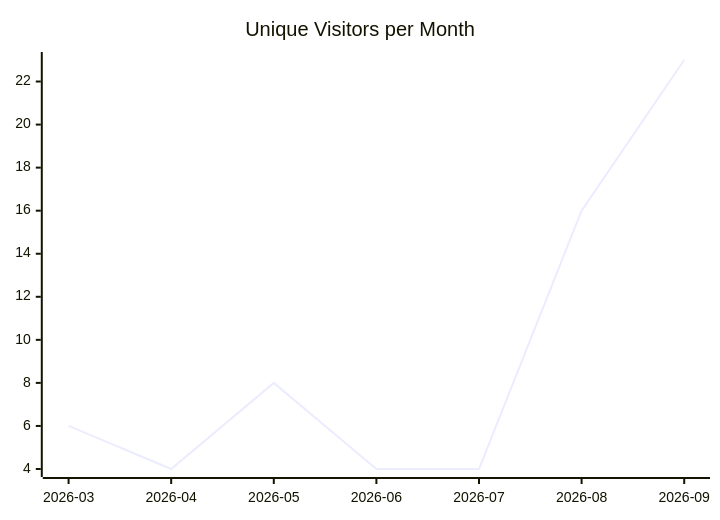
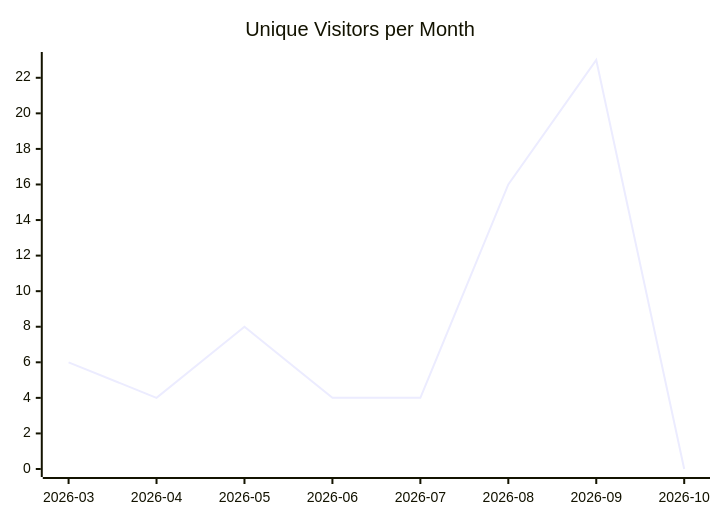
One commit to justdavis-family/github-analytics-data changed the first of 3 diagrams in karlmdavis/xmlpull/README.md. Above: the diagram before and after it, drawn with Mermaid. The commit also changed other lines of this file and 202 other files, not shown here.

````diff
--- a/karlmdavis/xmlpull/README.md
+++ b/karlmdavis/xmlpull/README.md
@@ -5,6 +5,6 @@
 ```mermaid
 xychart-beta
   title "Unique Visitors per Month"
-  x-axis ["2026-03", "2026-04", "2026-05", "2026-06", "2026-07", "2026-08", "2026-09"]
-  line [6, 4, 8, 4, 4, 16, 23]
+  x-axis ["2026-03", "2026-04", "2026-05", "2026-06", "2026-07", "2026-08", "2026-09", "2026-10"]
+  line [6, 4, 8, 4, 4, 16, 23, 0]
 ```
````
